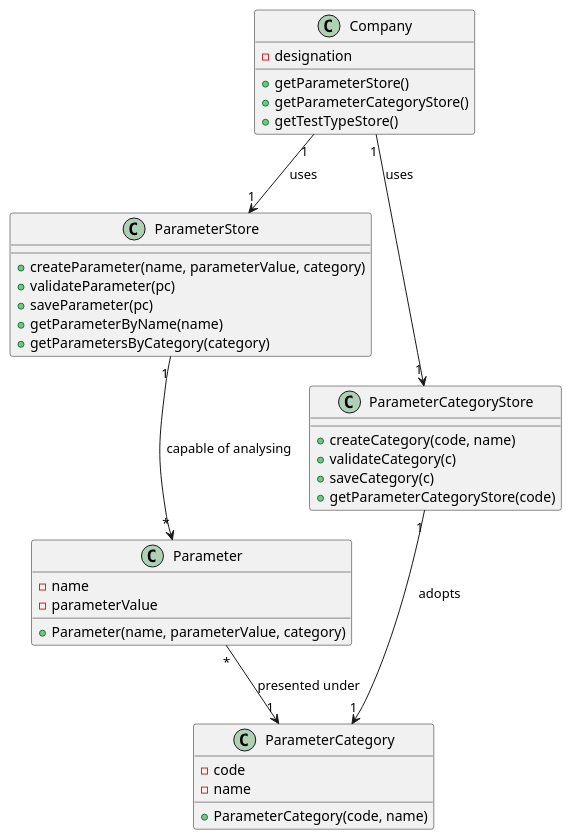
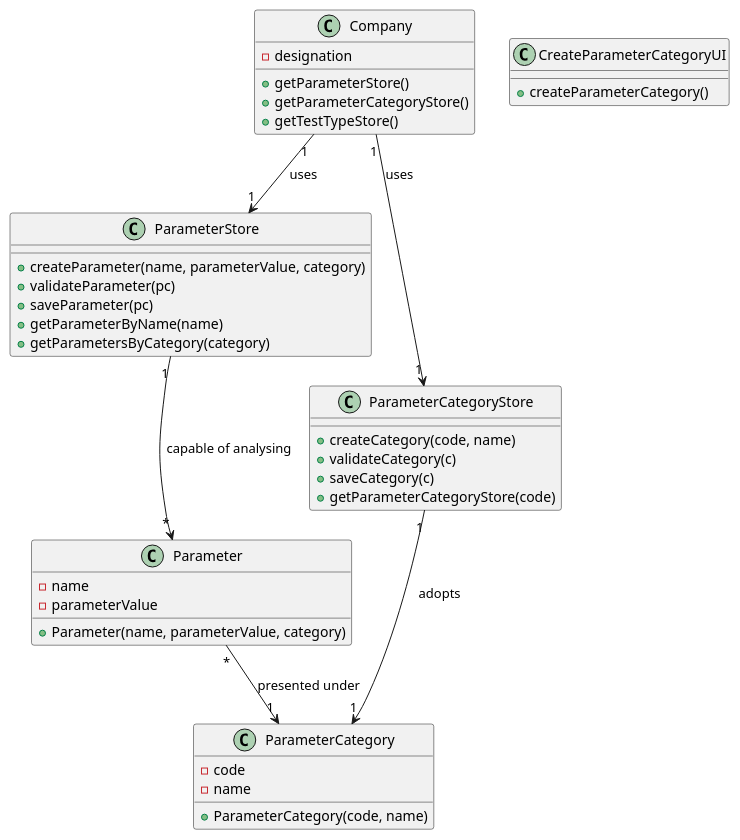
The diagram in docs/SprintB/US11/US11-CD.puml (manu-07-ela/LAPR2_ISEP), drawn with PlantUML before and after one commit. The commit also changed 7 other files, not shown here.

```diff
--- a/docs/SprintB/US11/US11-CD.puml
+++ b/docs/SprintB/US11/US11-CD.puml
@@ -1,53 +1,57 @@
 @startuml
 class Company
 class ParameterStore
 class ParameterCategoryStore
 class Parameter
 class ParameterCategory
 
 class Company{
 -designation
 +getParameterStore()
 +getParameterCategoryStore()
 +getTestTypeStore()
+}
+
+class CreateParameterCategoryUI {
++createParameterCategory()
 }
 
 
 class ParameterStore{
 +createParameter(name, parameterValue, category)
 +validateParameter(pc)
 +saveParameter(pc)
 +getParameterByName(name)
 +getParametersByCategory(category)
 }
 
 class ParameterCategoryStore{
 +createCategory(code, name)
 +validateCategory(c)
 +saveCategory(c)
 +getParameterCategoryStore(code)
 }
 
 class Parameter {
 -name
 -parameterValue
 +Parameter(name, parameterValue, category)
 }
 
 class ParameterCategory {
 -code
 -name
 +ParameterCategory(code, name)
 }
 
 
 
 Company "1"-->"1" ParameterStore : uses
 Company "1"-->"1" ParameterCategoryStore : uses
 ParameterCategoryStore "1"-->"1" ParameterCategory: adopts
 ParameterStore "1"-->"*" Parameter: capable of analysing
 Parameter "*"-->"1" ParameterCategory : presented under
 
 
 
 @enduml
```
